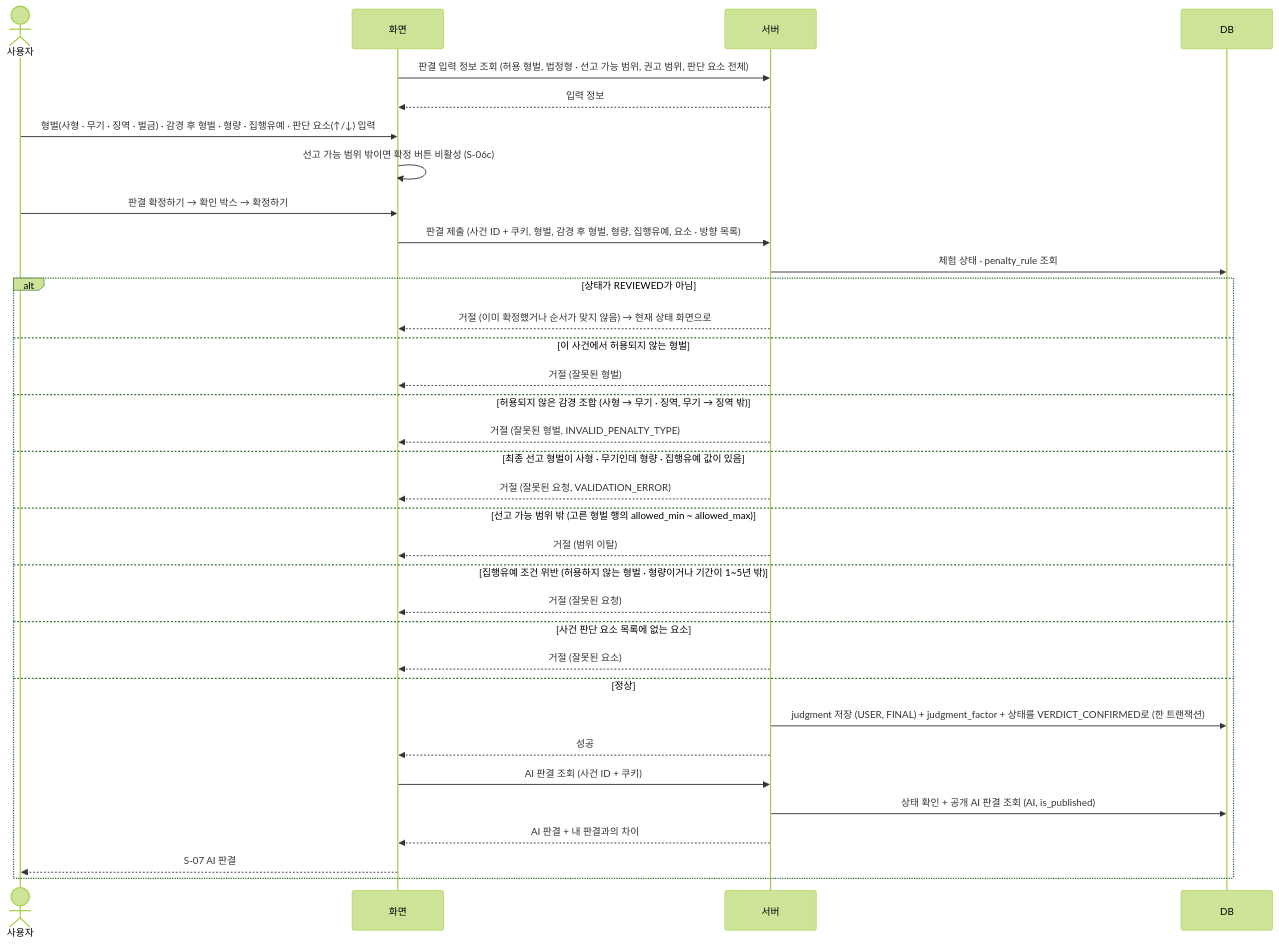
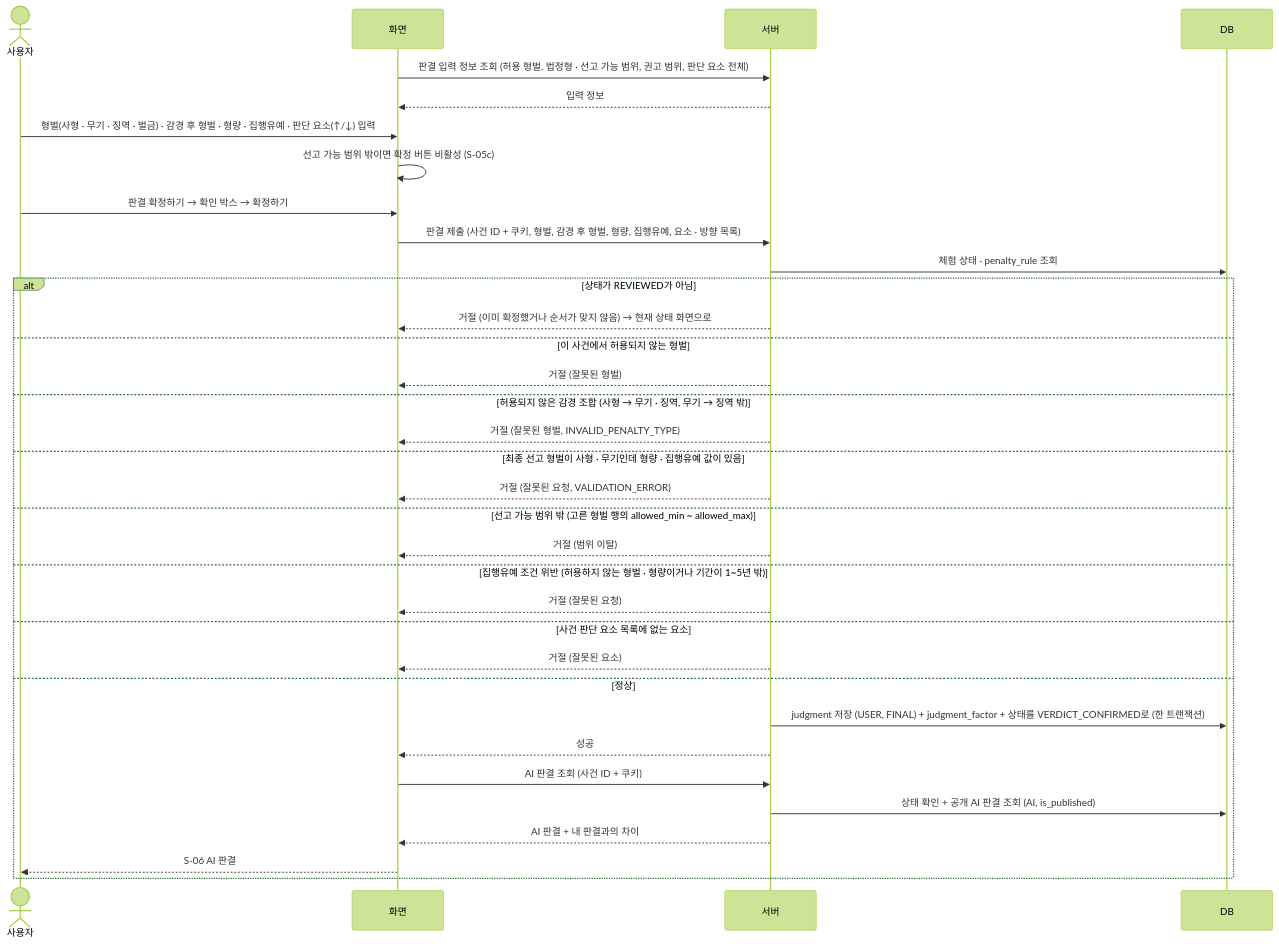
Before and after one commit to prgrms-aibe-devcourse/AIBE7_FinalProject_Team2: the fifth of 7 diagrams in docs/sequence-diagram.md, drawn with Mermaid (forest theme). The commit also changed other lines of this file and 18 other files, not shown here.

````diff
--- a/docs/sequence-diagram.md
+++ b/docs/sequence-diagram.md
@@ -164,37 +165,37 @@
 ```mermaid
 sequenceDiagram
     actor U as 사용자
     participant F as 화면
     participant S as 서버
     participant D as DB
  
     F->>S: 판결 입력 정보 조회 (허용 형벌, 법정형 · 선고 가능 범위, 권고 범위, 판단 요소 전체)
     S-->>F: 입력 정보
     U->>F: 형벌(사형 · 무기 · 징역 · 벌금) · 감경 후 형벌 · 형량 · 집행유예 · 판단 요소(↑/↓) 입력
-    F->>F: 선고 가능 범위 밖이면 확정 버튼 비활성 (S-06c)
+    F->>F: 선고 가능 범위 밖이면 확정 버튼 비활성 (S-05c)
     U->>F: 판결 확정하기 → 확인 박스 → 확정하기
     F->>S: 판결 제출 (사건 ID + 쿠키, 형벌, 감경 후 형벌, 형량, 집행유예, 요소 · 방향 목록)
     S->>D: 체험 상태 · penalty_rule 조회
     alt 상태가 REVIEWED가 아님
         S-->>F: 거절 (이미 확정했거나 순서가 맞지 않음) → 현재 상태 화면으로
     else 이 사건에서 허용되지 않는 형벌
         S-->>F: 거절 (잘못된 형벌)
     else 허용되지 않은 감경 조합 (사형 → 무기 · 징역, 무기 → 징역 밖)
         S-->>F: 거절 (잘못된 형벌, INVALID_PENALTY_TYPE)
     else 최종 선고 형벌이 사형 · 무기인데 형량 · 집행유예 값이 있음
         S-->>F: 거절 (잘못된 요청, VALIDATION_ERROR)
     else 선고 가능 범위 밖 (고른 형벌 행의 allowed_min ~ allowed_max)
         S-->>F: 거절 (범위 이탈)
     else 집행유예 조건 위반 (허용하지 않는 형벌 · 형량이거나 기간이 1~5년 밖)
         S-->>F: 거절 (잘못된 요청)
     else 사건 판단 요소 목록에 없는 요소
         S-->>F: 거절 (잘못된 요소)
     else 정상
         S->>D: judgment 저장 (USER, FINAL) + judgment_factor + 상태를 VERDICT_CONFIRMED로 (한 트랜잭션)
         S-->>F: 성공
         F->>S: AI 판결 조회 (사건 ID + 쿠키)
         S->>D: 상태 확인 + 공개 AI 판결 조회 (AI, is_published)
         S-->>F: AI 판결 + 내 판결과의 차이
-        F-->>U: S-07 AI 판결
+        F-->>U: S-06 AI 판결
     end
 ```
````
